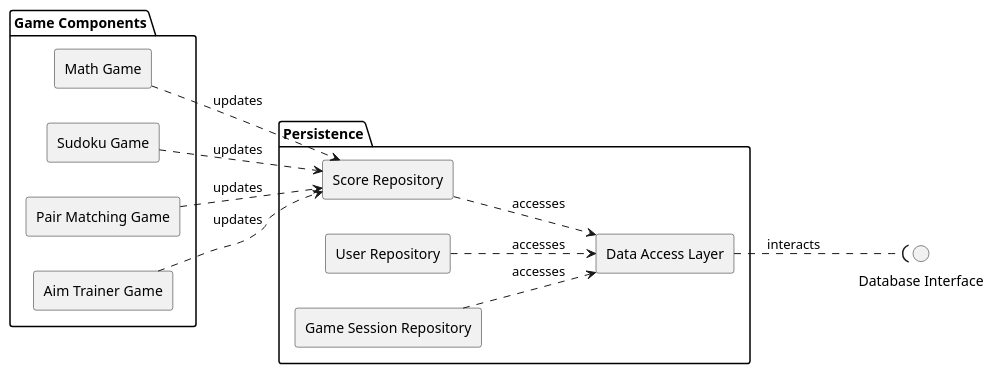
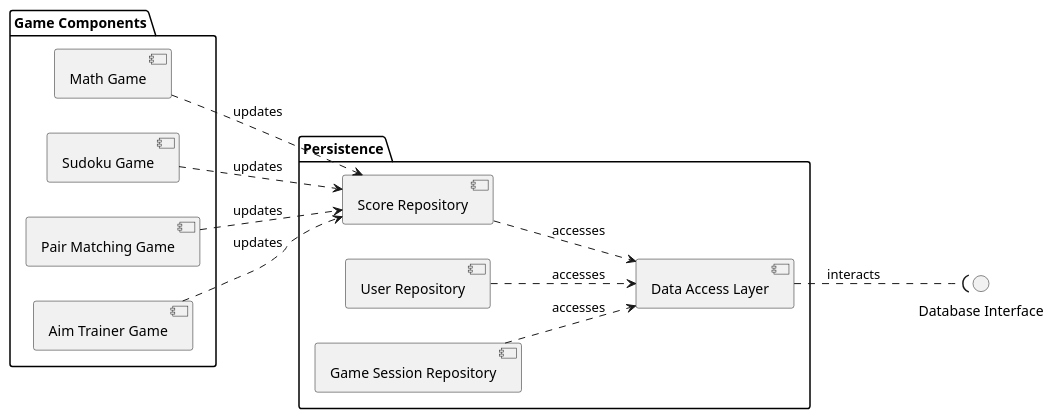
One commit to Cryptic5/itsSoOverlief changed the diagram in Diagrams/components/game_database_diagram.puml. Above: the diagram before and after it, drawn with PlantUML. The commit also changed 13 other files, not shown here.

Commit message:
renamed diagrams, removed component skinparam

```diff
--- a/Diagrams/components/game_database_diagram.puml
+++ b/Diagrams/components/game_database_diagram.puml
@@ -1,41 +1,40 @@
-@startuml Game and DB Component Diagram
+@startuml game_and_db_component_diagram
 left to right direction
-skinparam componentStyle rectangle
 
 ' Main components
 
 
 
 
 package "Game Components" {
   [Math Game] as MathGame
   [Sudoku Game] as Sudoku
   [Pair Matching Game] as PairMatch
   [Aim Trainer Game] as AimTrainer
 }
 
 package "Persistence" {
   [Data Access Layer] as DAL
   [Score Repository] as ScoreRepo
   [User Repository] as UserRepo
   [Game Session Repository] as SessionRepo
 }
 
 ' External interfaces
 
 interface "Database Interface" as DBIF
 
 ' Relationships
 
 DAL ..( DBIF : interacts
 ScoreRepo ..> DAL : accesses
 UserRepo ..> DAL : accesses
 SessionRepo ..> DAL : accesses
 
 ' Additional relationships
 MathGame ..> ScoreRepo : updates
 Sudoku ..> ScoreRepo : updates
 PairMatch ..> ScoreRepo : updates
 AimTrainer ..> ScoreRepo : updates
 
 @enduml
```
